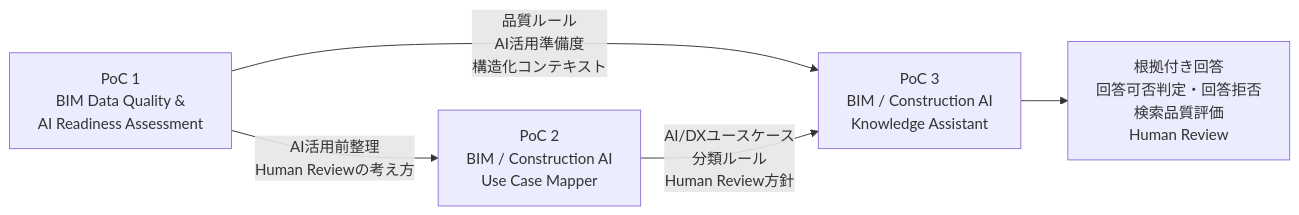
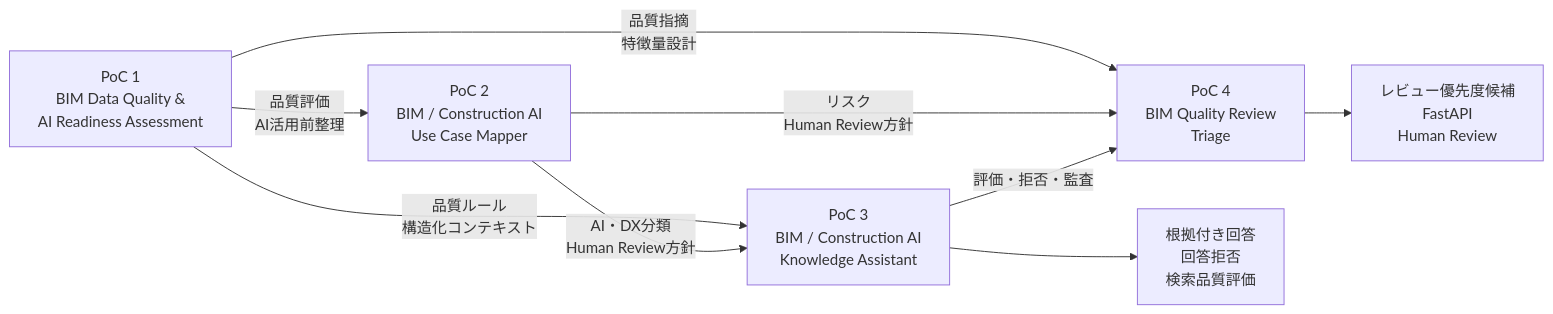
The diagram in portfolio_overview.md (takahashi-365/bim-construction-ai-portfolio), drawn with Mermaid before and after one commit. The commit also changed other lines of this file and 1 other file, not shown here.

````diff
--- a/portfolio_overview.md
+++ b/portfolio_overview.md
@@ -63,12 +80,18 @@
 ```mermaid
 flowchart LR
     POC1["PoC 1<br/>BIM Data Quality &<br/>AI Readiness Assessment"]
     POC2["PoC 2<br/>BIM / Construction AI<br/>Use Case Mapper"]
     POC3["PoC 3<br/>BIM / Construction AI<br/>Knowledge Assistant"]
+    POC4["PoC 4<br/>BIM Quality Review<br/>Triage"]
 
-    POC1 -->|"AI活用前整理<br/>Human Reviewの考え方"| POC2
-    POC1 -->|"品質ルール<br/>AI活用準備度<br/>構造化コンテキスト"| POC3
-    POC2 -->|"AI/DXユースケース<br/>分類ルール<br/>Human Review方針"| POC3
+    POC1 -->|"品質評価<br/>AI活用前整理"| POC2
+    POC1 -->|"品質ルール<br/>構造化コンテキスト"| POC3
+    POC2 -->|"AI・DX分類<br/>Human Review方針"| POC3
 
-    POC3 --> RESULT["根拠付き回答<br/>回答可否判定・回答拒否<br/>検索品質評価<br/>Human Review"]
+    POC1 -->|"品質指摘<br/>特徴量設計"| POC4
+    POC2 -->|"リスク<br/>Human Review方針"| POC4
+    POC3 -->|"評価・拒否・監査"| POC4
+
+    POC3 --> RESULT1["根拠付き回答<br/>回答拒否<br/>検索品質評価"]
+    POC4 --> RESULT2["レビュー優先度候補<br/>FastAPI<br/>Human Review"]
 ```
````
